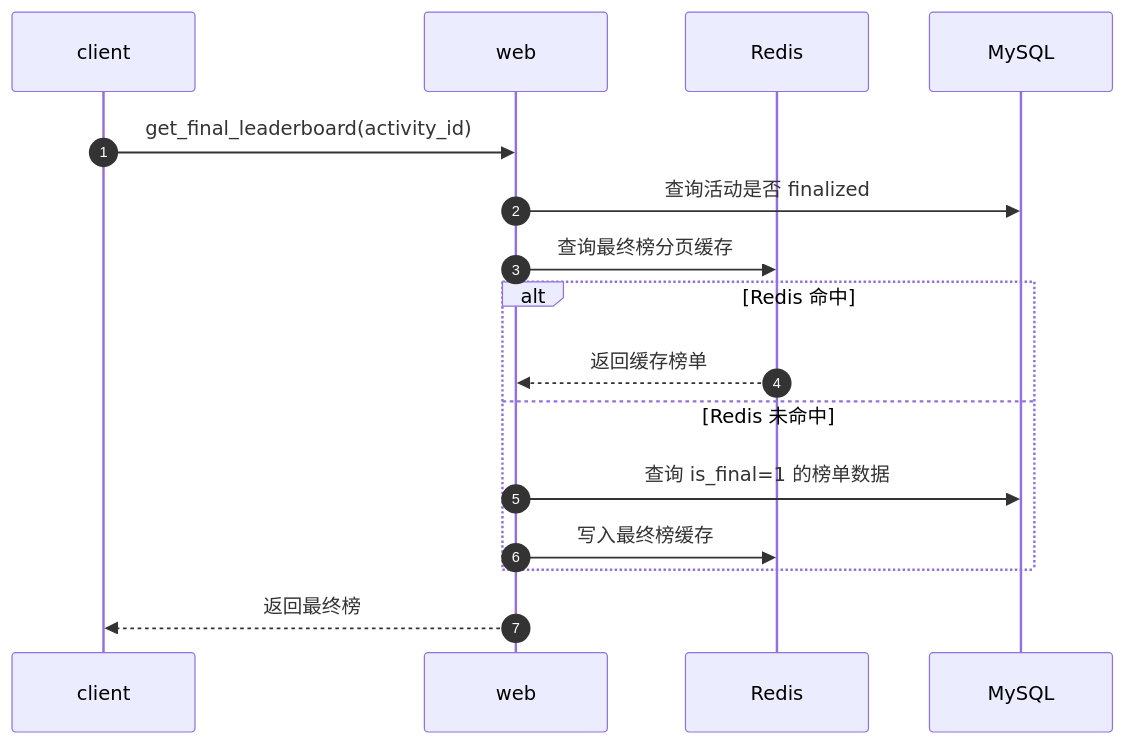
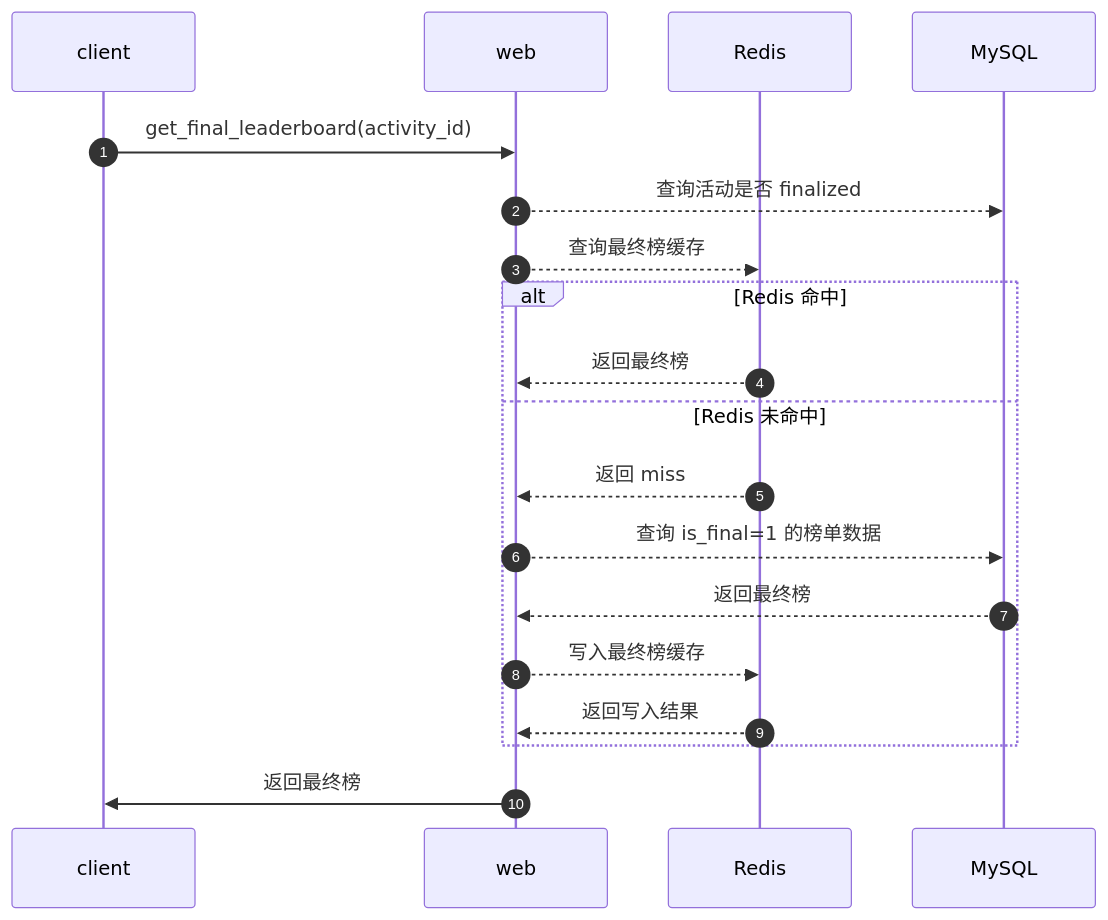
One commit to zdl20251023-pixel/agent-frame changed the tenth of 23 diagrams in docs/复述扑克/评审02/02-设计文档.md. Above: the diagram before and after it, drawn with Mermaid. The commit also changed other lines of this file and 1 other file, not shown here.

````diff
--- a/docs/复述扑克/评审02/02-设计文档.md
+++ b/docs/复述扑克/评审02/02-设计文档.md
@@ -489,21 +502,24 @@
 ```mermaid
 sequenceDiagram
     autonumber
     participant client
     participant web
     participant Redis
     participant MySQL
 
     client->>web: get_final_leaderboard(activity_id)
-    web->>MySQL: 查询活动是否 finalized
-    web->>Redis: 查询最终榜分页缓存
+    web-->>MySQL: 查询活动是否 finalized
+    web-->>Redis: 查询最终榜缓存
 
     alt Redis 命中
-        Redis-->>web: 返回缓存榜单
+        Redis-->>web: 返回最终榜
     else Redis 未命中
-        web->>MySQL: 查询 is_final=1 的榜单数据
-        web->>Redis: 写入最终榜缓存
+        Redis-->>web: 返回 miss
+        web-->>MySQL: 查询 is_final=1 的榜单数据
+        MySQL-->>web: 返回最终榜
+        web-->>Redis: 写入最终榜缓存
+        Redis-->>web: 返回写入结果
     end
 
-    web-->>client: 返回最终榜
+    web->>client: 返回最终榜
 ```
````
